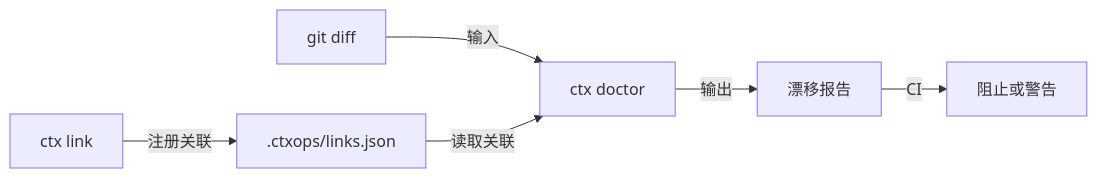
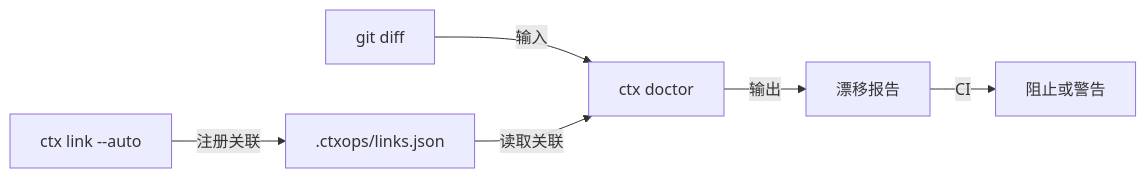
The diagram in README.zh-CN.md (yuxfeng275/ctxops), drawn with Mermaid before and after one commit. The commit also changed other lines of this file and 2 other files, not shown here.

First line of the commit message:
docs: update README, README.zh-CN, and roadmap with auto-link + agent integration

````diff
--- a/README.zh-CN.md
+++ b/README.zh-CN.md
@@ -70,8 +70,8 @@
 ```mermaid
 graph LR
-    A[ctx link] -->|注册关联| B[".ctxops/links.json"]
+    A[ctx link --auto] -->|注册关联| B[".ctxops/links.json"]
     C[git diff] -->|输入| D[ctx doctor]
     B -->|读取关联| D
     D -->|输出| E["漂移报告"]
     E -->|CI| F["阻止或警告"]
 ```
````
